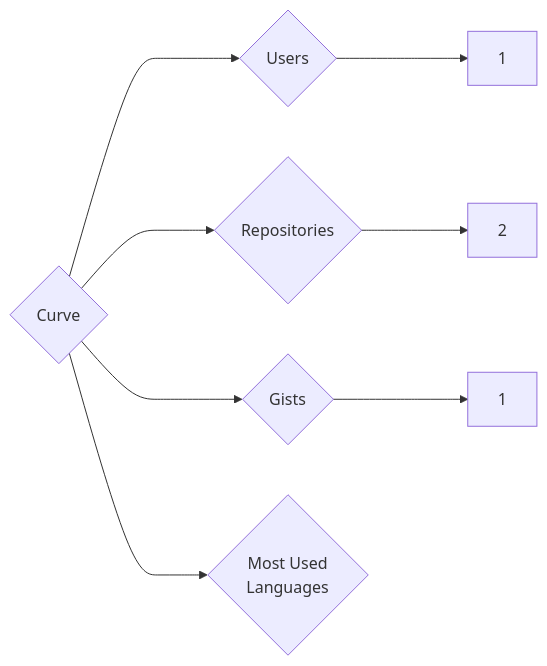
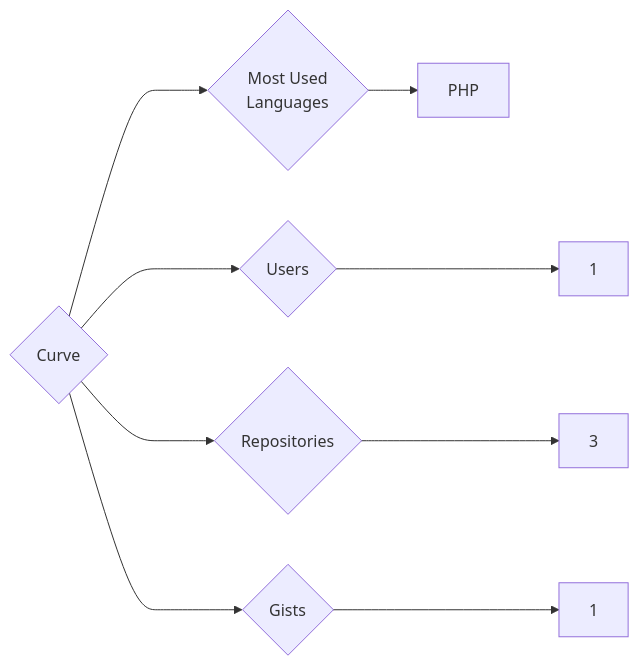
The diagram in targets/Curve/README.md (trickest/insiders), drawn with Mermaid before and after one commit. The commit also changed 721 other files, not shown here.

````diff
--- a/targets/Curve/README.md
+++ b/targets/Curve/README.md
@@ -3,8 +3,9 @@
 ```mermaid
 graph LR
 COMPANY_NAME{Curve}
 COMPANY_NAME ---> U{Users} ---> UN[1]
-COMPANY_NAME ---> R{Repositories} ---> RN[2]
+COMPANY_NAME ---> R{Repositories} ---> RN[3]
 COMPANY_NAME ---> G{Gists} ---> GN[1]
 COMPANY_NAME ---> ML{Most Used<br>Languages}
+ML --> PHP[PHP]
 ```
````
